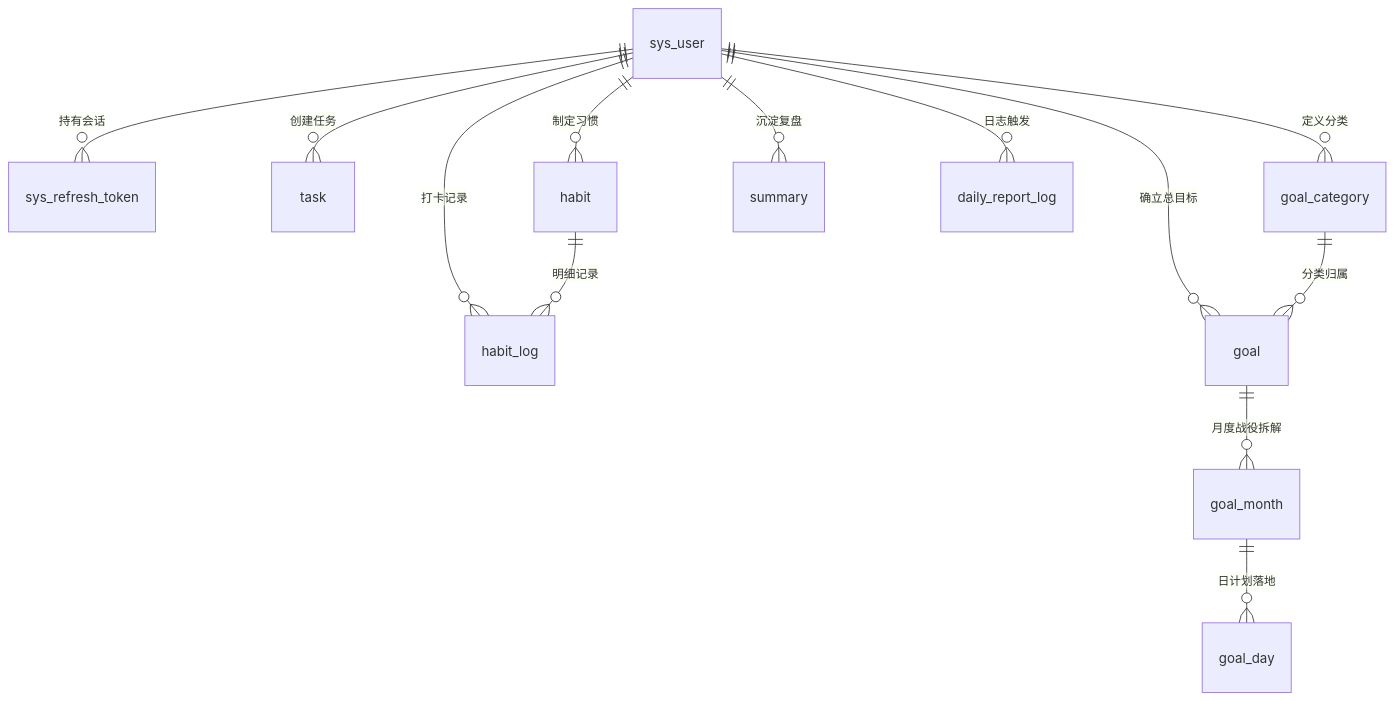
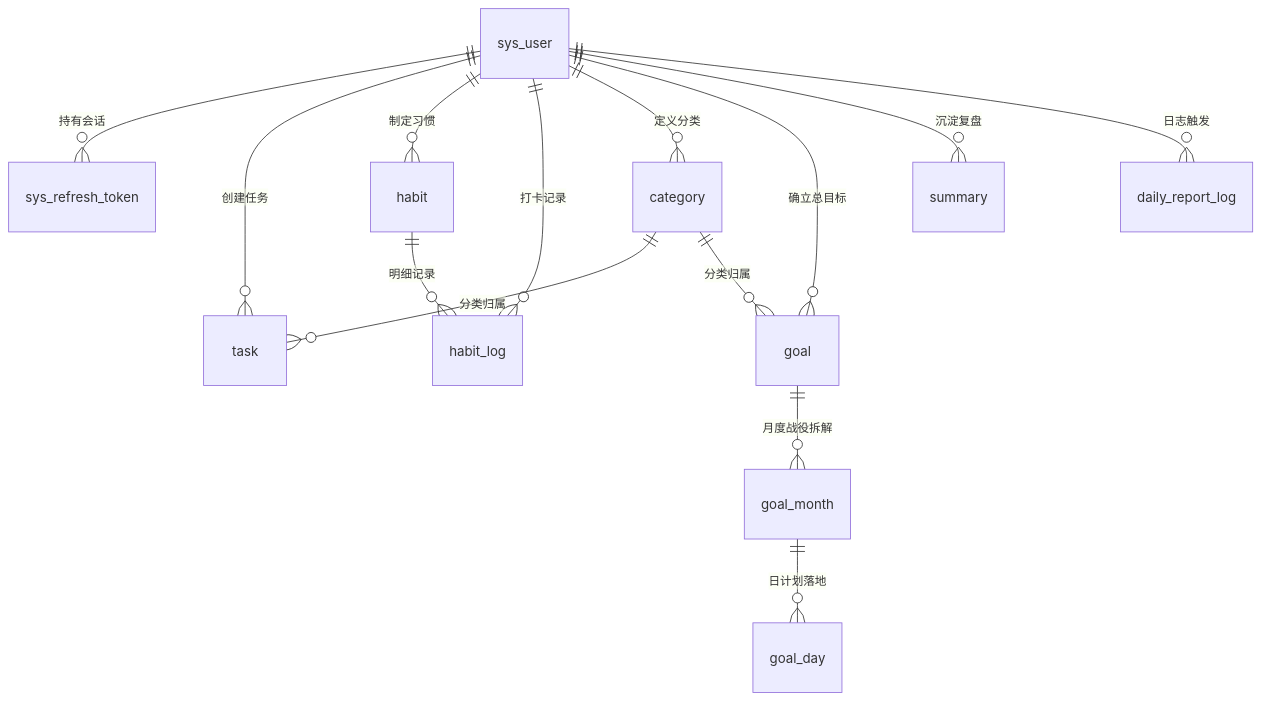
The diagram in docs/DATABASE.md (sui-hua/rhythm), drawn with Mermaid before and after one commit. The commit also changed other lines of this file and 6 other files, not shown here.

````diff
--- a/docs/DATABASE.md
+++ b/docs/DATABASE.md
@@ -7,17 +7,18 @@
 ```mermaid
 erDiagram
     sys_user ||--o{ sys_refresh_token : "持有会话"
     sys_user ||--o{ task : "创建任务"
     sys_user ||--o{ habit : "制定习惯"
     sys_user ||--o{ habit_log : "打卡记录"
-    sys_user ||--o{ goal_category : "定义分类"
+    sys_user ||--o{ category : "定义分类"
     sys_user ||--o{ goal : "确立总目标"
     sys_user ||--o{ summary : "沉淀复盘"
     sys_user ||--o{ daily_report_log : "日志触发"
 
-    goal_category ||--o{ goal : "分类归属"
+    category ||--o{ task : "分类归属"
+    category ||--o{ goal : "分类归属"
     goal ||--o{ goal_month : "月度战役拆解"
     goal_month ||--o{ goal_day : "日计划落地"
 
     habit ||--o{ habit_log : "明细记录"
 ```
````
